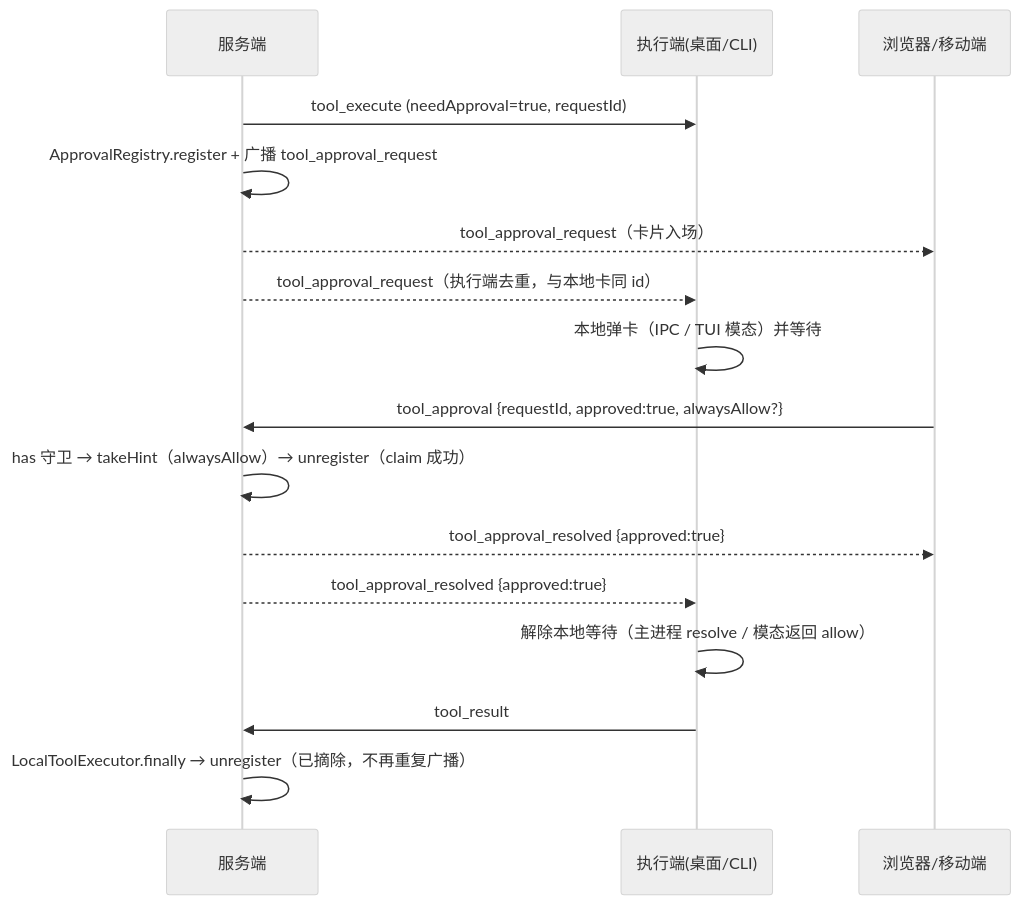
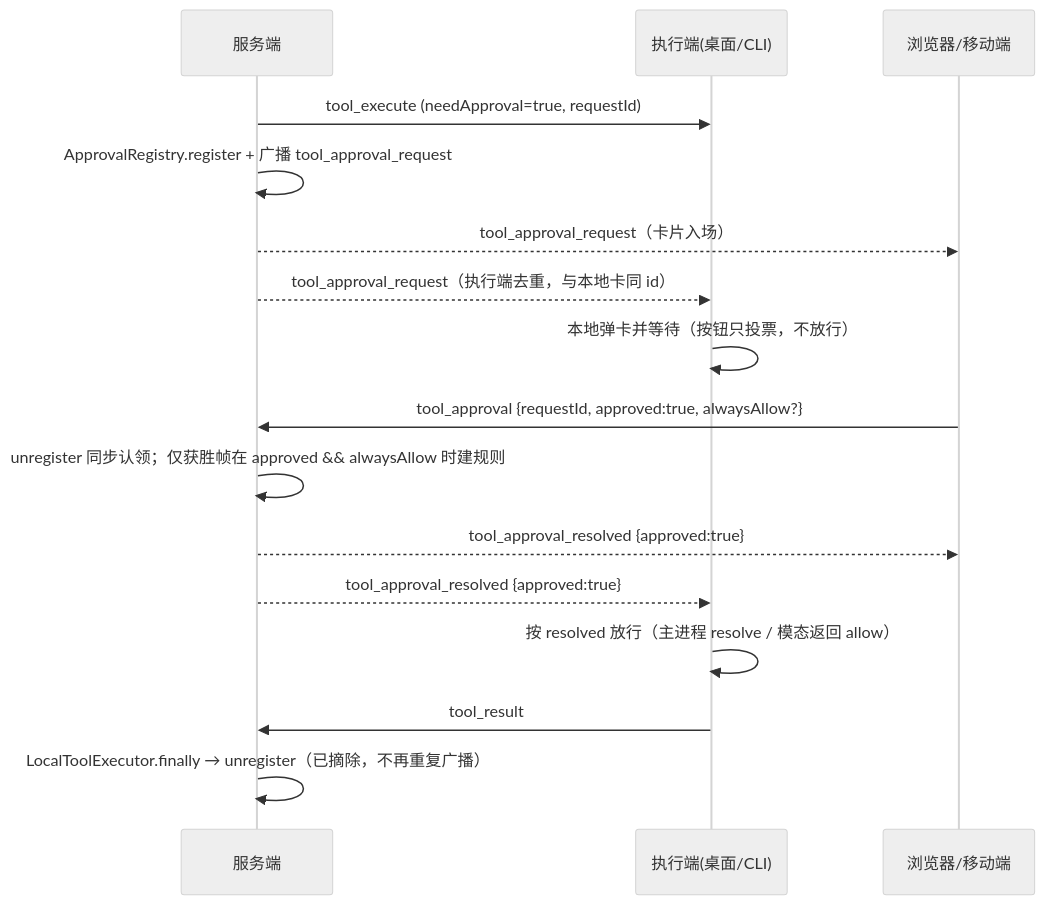
Before and after one commit to DC-ET/mao: the diagram in docs/plan/2026-11-06-multi-end-approval-technical-design.md, drawn with Mermaid (neutral theme). The commit also changed other lines of this file, not shown here.

````diff
--- a/docs/plan/2026-11-06-multi-end-approval-technical-design.md
+++ b/docs/plan/2026-11-06-multi-end-approval-technical-design.md
@@ -160,19 +164,19 @@
 ```mermaid
 sequenceDiagram
     participant S as 服务端
     participant D as 执行端(桌面/CLI)
     participant B as 浏览器/移动端
 
     S->>D: tool_execute (needApproval=true, requestId)
     S->>S: ApprovalRegistry.register + 广播 tool_approval_request
     S-->>B: tool_approval_request（卡片入场）
     S-->>D: tool_approval_request（执行端去重，与本地卡同 id）
-    D->>D: 本地弹卡（IPC / TUI 模态）并等待
+    D->>D: 本地弹卡并等待（按钮只投票，不放行）
     B->>S: tool_approval {requestId, approved:true, alwaysAllow?}
-    S->>S: has 守卫 → takeHint（alwaysAllow）→ unregister（claim 成功）
+    S->>S: unregister 同步认领；仅获胜帧在 approved && alwaysAllow 时建规则
     S-->>B: tool_approval_resolved {approved:true}
     S-->>D: tool_approval_resolved {approved:true}
-    D->>D: 解除本地等待（主进程 resolve / 模态返回 allow）
+    D->>D: 按 resolved 放行（主进程 resolve / 模态返回 allow）
     D->>S: tool_result
     S->>S: LocalToolExecutor.finally → unregister（已摘除，不再重复广播）
 ```
````
